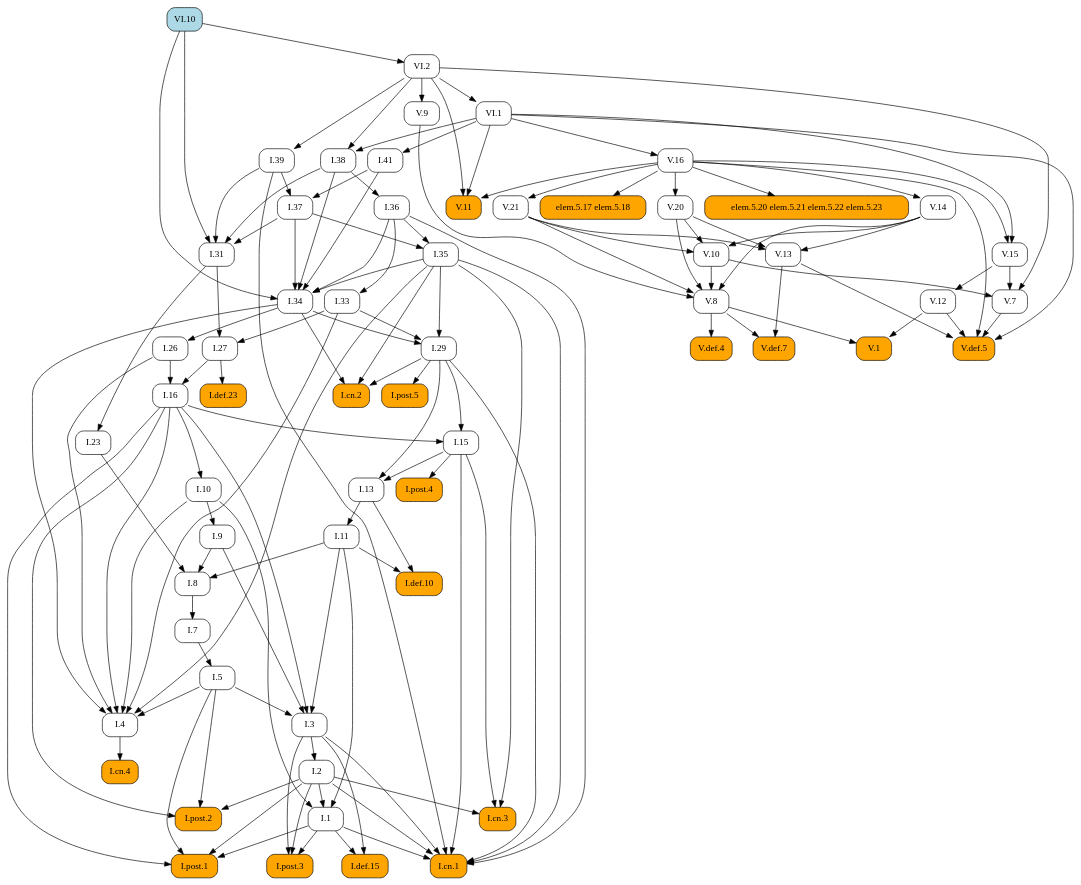
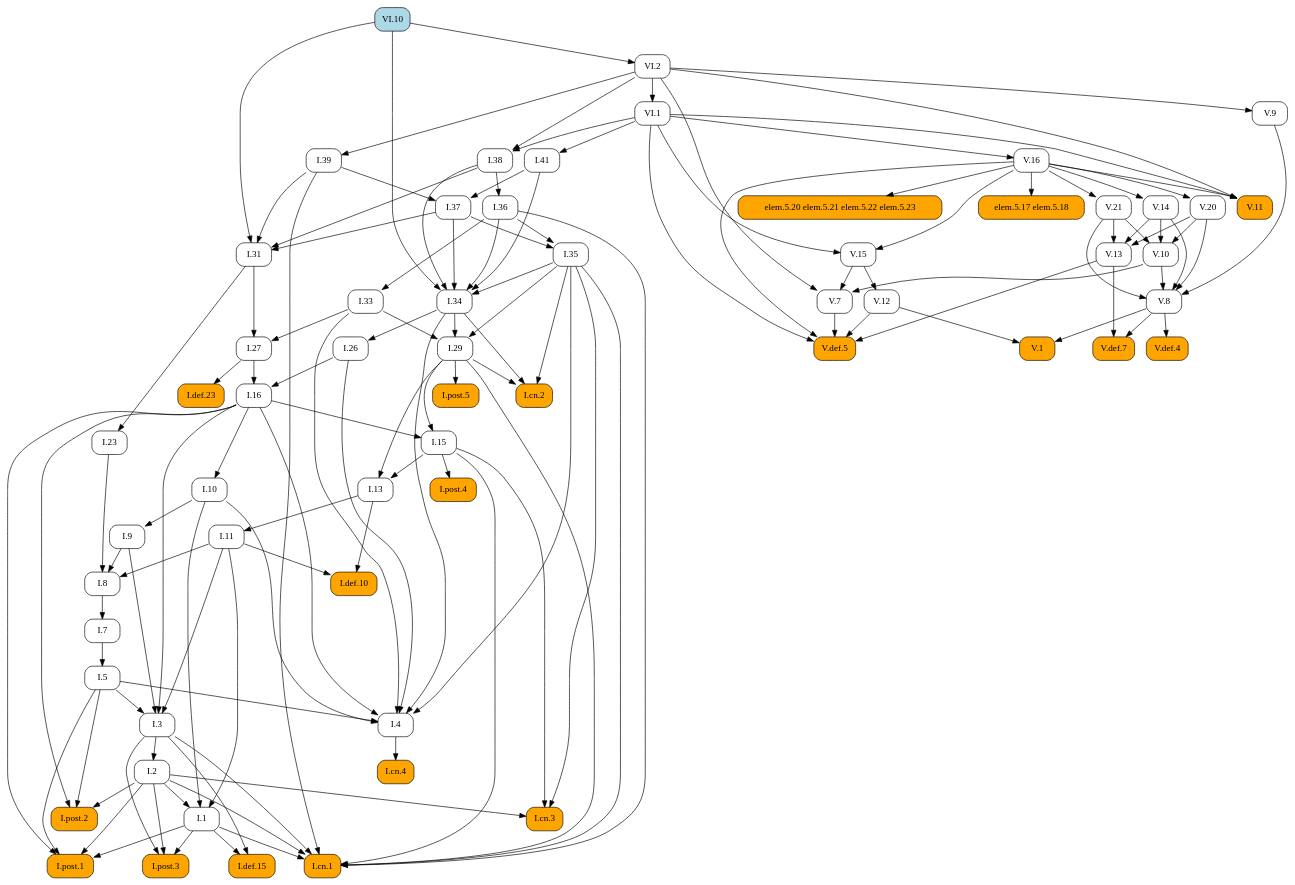
One commit to geometor/elements changed the diagram in docsrc/elements2/VI/10/index.rst. Above: the diagram before and after it, drawn with Graphviz. The commit also changed other lines of this file and 409 other files, not shown here.

First line of the commit message:
feat: Add image cropping and graphic extraction script

```diff
--- a/docsrc/elements2/VI/10/index.rst
+++ b/docsrc/elements2/VI/10/index.rst
@@ -46,136 +46,92 @@
    digraph {
      rankdir="TB";
      node [shape=box, style=rounded];
+     "I.37" [URL="/elements2/I/37/", target="_top"];
+     "V.21" [URL="/elements2/V/21/", target="_top"];
+     "I.31" [URL="/elements2/I/31/", target="_top"];
+     "I.41" [URL="/elements2/I/41/", target="_top"];
      "I.8" [URL="/elements2/I/8/", target="_top"];
+     "V.10" [URL="/elements2/V/10/", target="_top"];
+     "I.15" [URL="/elements2/I/15/", target="_top"];
+     "VI.1" [URL="/elements2/VI/1/", target="_top"];
+     "V.8" [URL="/elements2/V/8/", target="_top"];
+     "I.5" [URL="/elements2/I/5/", target="_top"];
+     "V.def.7" [style="rounded,filled", fillcolor=orange, URL="/elements2/V/def.7/", target="_top"];
+     "V.12" [URL="/elements2/V/12/", target="_top"];
+     "I.26" [URL="/elements2/I/26/", target="_top"];
+     "I.cn.1" [style="rounded,filled", fillcolor=orange, URL="/elements2/I/cn.1/", target="_top"];
+     "elem.5.20 elem.5.21 elem.5.22 elem.5.23" [style="rounded,filled", fillcolor=orange];
+     "VI.10" [style="rounded,filled", fillcolor=lightblue, URL="/elements2/VI/10/", target="_top"];
+     "I.7" [URL="/elements2/I/7/", target="_top"];
+     "V.def.5" [style="rounded,filled", fillcolor=orange, URL="/elements2/V/def.5/", target="_top"];
+     "I.23" [URL="/elements2/I/23/", target="_top"];
+     "I.16" [URL="/elements2/I/16/", target="_top"];
+     "V.9" [URL="/elements2/V/9/", target="_top"];
+     "I.34" [URL="/elements2/I/34/", target="_top"];
+     "I.35" [URL="/elements2/I/35/", target="_top"];
+     "I.33" [URL="/elements2/I/33/", target="_top"];
+     "V.15" [URL="/elements2/V/15/", target="_top"];
+     "V.14" [URL="/elements2/V/14/", target="_top"];
+     "elem.5.17 elem.5.18" [style="rounded,filled", fillcolor=orange];
+     "I.def.15" [style="rounded,filled", fillcolor=orange, URL="/elements2/I/def.15/", target="_top"];
+     "I.38" [URL="/elements2/I/38/", target="_top"];
+     "I.def.10" [style="rounded,filled", fillcolor=orange, URL="/elements2/I/def.10/", target="_top"];
+     "I.def.23" [style="rounded,filled", fillcolor=orange, URL="/elements2/I/def.23/", target="_top"];
+     "I.11" [URL="/elements2/I/11/", target="_top"];
+     "V.16" [URL="/elements2/V/16/", target="_top"];
+     "I.post.4" [style="rounded,filled", fillcolor=orange, URL="/elements2/I/post.4/", target="_top"];
+     "I.post.5" [style="rounded,filled", fillcolor=orange, URL="/elements2/I/post.5/", target="_top"];
      "V.20" [URL="/elements2/V/20/", target="_top"];
-     "VI.10" [style="rounded,filled", fillcolor=lightblue, URL="/elements2/VI/10/", target="_top"];
+     "I.3" [URL="/elements2/I/3/", target="_top"];
+     "I.10" [URL="/elements2/I/10/", target="_top"];
+     "V.11" [style="rounded,filled", fillcolor=orange, URL="/elements2/V/11/", target="_top"];
+     "I.cn.3" [style="rounded,filled", fillcolor=orange, URL="/elements2/I/cn.3/", target="_top"];
+     "I.13" [URL="/elements2/I/13/", target="_top"];
+     "I.4" [URL="/elements2/I/4/", target="_top"];
+     "I.post.3" [style="rounded,filled", fillcolor=orange, URL="/elements2/I/post.3/", target="_top"];
+     "I.9" [URL="/elements2/I/9/", target="_top"];
+     "I.29" [URL="/elements2/I/29/", target="_top"];
+     "I.39" [URL="/elements2/I/39/", target="_top"];
      "I.36" [URL="/elements2/I/36/", target="_top"];
-     "V.def.5" [style="rounded,filled", fillcolor=orange, URL="/elements2/V/def.5/", target="_top"];
-     "V.def.7" [style="rounded,filled", fillcolor=orange, URL="/elements2/V/def.7/", target="_top"];
+     "V.13" [URL="/elements2/V/13/", target="_top"];
      "I.post.1" [style="rounded,filled", fillcolor=orange, URL="/elements2/I/post.1/", target="_top"];
+     "I.2" [URL="/elements2/I/2/", target="_top"];
      "V.def.4" [style="rounded,filled", fillcolor=orange, URL="/elements2/V/def.4/", target="_top"];
-     "I.33" [URL="/elements2/I/33/", target="_top"];
-     "I.5" [URL="/elements2/I/5/", target="_top"];
-     "I.38" [URL="/elements2/I/38/", target="_top"];
-     "I.post.5" [style="rounded,filled", fillcolor=orange, URL="/elements2/I/post.5/", target="_top"];
-     "VI.1" [URL="/elements2/VI/1/", target="_top"];
-     "V.11" [style="rounded,filled", fillcolor=orange, URL="/elements2/V/11/", target="_top"];
-     "I.def.10" [style="rounded,filled", fillcolor=orange, URL="/elements2/I/def.10/", target="_top"];
-     "elem.5.17 elem.5.18" [style="rounded,filled", fillcolor=orange];
-     "V.13" [URL="/elements2/V/13/", target="_top"];
+     "VI.2" [URL="/elements2/VI/2/", target="_top"];
+     "I.27" [URL="/elements2/I/27/", target="_top"];
+     "V.1" [style="rounded,filled", fillcolor=orange, URL="/elements2/V/1/", target="_top"];
+     "I.cn.4" [style="rounded,filled", fillcolor=orange, URL="/elements2/I/cn.4/", target="_top"];
      "I.cn.2" [style="rounded,filled", fillcolor=orange, URL="/elements2/I/cn.2/", target="_top"];
-     "V.9" [URL="/elements2/V/9/", target="_top"];
-     "V.16" [URL="/elements2/V/16/", target="_top"];
-     "I.def.15" [style="rounded,filled", fillcolor=orange, URL="/elements2/I/def.15/", target="_top"];
-     "I.31" [URL="/elements2/I/31/", target="_top"];
-     "V.15" [URL="/elements2/V/15/", target="_top"];
-     "I.11" [URL="/elements2/I/11/", target="_top"];
-     "I.3" [URL="/elements2/I/3/", target="_top"];
-     "I.def.23" [style="rounded,filled", fillcolor=orange, URL="/elements2/I/def.23/", target="_top"];
+     "V.7" [URL="/elements2/V/7/", target="_top"];
+     "I.1" [URL="/elements2/I/1/", target="_top"];
      "I.post.2" [style="rounded,filled", fillcolor=orange, URL="/elements2/I/post.2/", target="_top"];
-     "I.26" [URL="/elements2/I/26/", target="_top"];
-     "V.14" [URL="/elements2/V/14/", target="_top"];
-     "V.10" [URL="/elements2/V/10/", target="_top"];
-     "I.cn.3" [style="rounded,filled", fillcolor=orange, URL="/elements2/I/cn.3/", target="_top"];
-     "I.cn.4" [style="rounded,filled", fillcolor=orange, URL="/elements2/I/cn.4/", target="_top"];
-     "I.1" [URL="/elements2/I/1/", target="_top"];
-     "I.7" [URL="/elements2/I/7/", target="_top"];
-     "I.9" [URL="/elements2/I/9/", target="_top"];
-     "V.7" [URL="/elements2/V/7/", target="_top"];
-     "I.cn.1" [style="rounded,filled", fillcolor=orange, URL="/elements2/I/cn.1/", target="_top"];
-     "I.29" [URL="/elements2/I/29/", target="_top"];
-     "I.16" [URL="/elements2/I/16/", target="_top"];
-     "I.post.4" [style="rounded,filled", fillcolor=orange, URL="/elements2/I/post.4/", target="_top"];
-     "I.13" [URL="/elements2/I/13/", target="_top"];
-     "V.1" [style="rounded,filled", fillcolor=orange, URL="/elements2/V/1/", target="_top"];
-     "V.12" [URL="/elements2/V/12/", target="_top"];
-     "I.41" [URL="/elements2/I/41/", target="_top"];
-     "I.35" [URL="/elements2/I/35/", target="_top"];
-     "V.21" [URL="/elements2/V/21/", target="_top"];
-     "elem.5.20 elem.5.21 elem.5.22 elem.5.23" [style="rounded,filled", fillcolor=orange];
-     "I.27" [URL="/elements2/I/27/", target="_top"];
-     "I.37" [URL="/elements2/I/37/", target="_top"];
-     "I.2" [URL="/elements2/I/2/", target="_top"];
-     "I.4" [URL="/elements2/I/4/", target="_top"];
-     "V.8" [URL="/elements2/V/8/", target="_top"];
-     "VI.2" [URL="/elements2/VI/2/", target="_top"];
-     "I.39" [URL="/elements2/I/39/", target="_top"];
-     "I.10" [URL="/elements2/I/10/", target="_top"];
-     "I.15" [URL="/elements2/I/15/", target="_top"];
-     "I.34" [URL="/elements2/I/34/", target="_top"];
-     "I.23" [URL="/elements2/I/23/", target="_top"];
-     "I.post.3" [style="rounded,filled", fillcolor=orange, URL="/elements2/I/post.3/", target="_top"];
-     "I.9" -> "I.8";
-     "I.11" -> "I.8";
-     "I.23" -> "I.8";
-     "V.16" -> "V.20";
-     "I.38" -> "I.36";
-     "V.7" -> "V.def.5";
-     "V.12" -> "V.def.5";
-     "V.13" -> "V.def.5";
-     "V.16" -> "V.def.5";
-     "VI.1" -> "V.def.5";
-     "V.8" -> "V.def.7";
-     "V.13" -> "V.def.7";
-     "I.1" -> "I.post.1";
-     "I.2" -> "I.post.1";
-     "I.5" -> "I.post.1";
-     "I.16" -> "I.post.1";
-     "V.8" -> "V.def.4";
-     "I.36" -> "I.33";
-     "I.7" -> "I.5";
-     "VI.1" -> "I.38";
-     "VI.2" -> "I.38";
-     "I.29" -> "I.post.5";
-     "VI.2" -> "VI.1";
-     "V.16" -> "V.11";
-     "VI.1" -> "V.11";
-     "VI.2" -> "V.11";
-     "I.11" -> "I.def.10";
-     "I.13" -> "I.def.10";
-     "V.16" -> "elem.5.17 elem.5.18";
-     "V.14" -> "V.13";
-     "V.20" -> "V.13";
-     "V.21" -> "V.13";
-     "I.29" -> "I.cn.2";
-     "I.34" -> "I.cn.2";
-     "I.35" -> "I.cn.2";
-     "VI.2" -> "V.9";
-     "VI.1" -> "V.16";
-     "I.1" -> "I.def.15";
-     "I.3" -> "I.def.15";
+     "I.39" -> "I.37";
+     "I.41" -> "I.37";
+     "V.16" -> "V.21";
      "I.37" -> "I.31";
      "I.38" -> "I.31";
      "I.39" -> "I.31";
      "VI.10" -> "I.31";
-     "V.16" -> "V.15";
-     "VI.1" -> "V.15";
-     "I.13" -> "I.11";
-     "I.5" -> "I.3";
-     "I.9" -> "I.3";
-     "I.11" -> "I.3";
-     "I.16" -> "I.3";
-     "I.27" -> "I.def.23";
-     "I.2" -> "I.post.2";
-     "I.5" -> "I.post.2";
-     "I.16" -> "I.post.2";
-     "I.34" -> "I.26";
-     "V.16" -> "V.14";
+     "VI.1" -> "I.41";
+     "I.9" -> "I.8";
+     "I.11" -> "I.8";
+     "I.23" -> "I.8";
      "V.14" -> "V.10";
      "V.20" -> "V.10";
      "V.21" -> "V.10";
-     "I.2" -> "I.cn.3";
-     "I.15" -> "I.cn.3";
-     "I.35" -> "I.cn.3";
-     "I.4" -> "I.cn.4";
-     "I.2" -> "I.1";
-     "I.10" -> "I.1";
-     "I.11" -> "I.1";
-     "I.8" -> "I.7";
-     "I.10" -> "I.9";
-     "V.10" -> "V.7";
-     "V.15" -> "V.7";
-     "VI.2" -> "V.7";
+     "I.16" -> "I.15";
+     "I.29" -> "I.15";
+     "VI.2" -> "VI.1";
+     "V.9" -> "V.8";
+     "V.10" -> "V.8";
+     "V.14" -> "V.8";
+     "V.20" -> "V.8";
+     "V.21" -> "V.8";
+     "I.7" -> "I.5";
+     "V.8" -> "V.def.7";
+     "V.13" -> "V.def.7";
+     "V.15" -> "V.12";
+     "I.34" -> "I.26";
      "I.1" -> "I.cn.1";
      "I.2" -> "I.cn.1";
      "I.3" -> "I.cn.1";
@@ -184,27 +140,55 @@
      "I.35" -> "I.cn.1";
      "I.36" -> "I.cn.1";
      "I.39" -> "I.cn.1";
-     "I.33" -> "I.29";
-     "I.34" -> "I.29";
-     "I.35" -> "I.29";
+     "V.16" -> "elem.5.20 elem.5.21 elem.5.22 elem.5.23";
+     "I.8" -> "I.7";
+     "V.7" -> "V.def.5";
+     "V.12" -> "V.def.5";
+     "V.13" -> "V.def.5";
+     "V.16" -> "V.def.5";
+     "VI.1" -> "V.def.5";
+     "I.31" -> "I.23";
      "I.26" -> "I.16";
      "I.27" -> "I.16";
+     "VI.2" -> "V.9";
+     "I.35" -> "I.34";
+     "I.36" -> "I.34";
+     "I.37" -> "I.34";
+     "I.38" -> "I.34";
+     "I.41" -> "I.34";
+     "VI.10" -> "I.34";
+     "I.36" -> "I.35";
+     "I.37" -> "I.35";
+     "I.36" -> "I.33";
+     "V.16" -> "V.15";
+     "VI.1" -> "V.15";
+     "V.16" -> "V.14";
+     "V.16" -> "elem.5.17 elem.5.18";
+     "I.1" -> "I.def.15";
+     "I.3" -> "I.def.15";
+     "VI.1" -> "I.38";
+     "VI.2" -> "I.38";
+     "I.11" -> "I.def.10";
+     "I.13" -> "I.def.10";
+     "I.27" -> "I.def.23";
+     "I.13" -> "I.11";
+     "VI.1" -> "V.16";
      "I.15" -> "I.post.4";
+     "I.29" -> "I.post.5";
+     "V.16" -> "V.20";
+     "I.5" -> "I.3";
+     "I.9" -> "I.3";
+     "I.11" -> "I.3";
+     "I.16" -> "I.3";
+     "I.16" -> "I.10";
+     "V.16" -> "V.11";
+     "VI.1" -> "V.11";
+     "VI.2" -> "V.11";
+     "I.2" -> "I.cn.3";
+     "I.15" -> "I.cn.3";
+     "I.35" -> "I.cn.3";
      "I.15" -> "I.13";
      "I.29" -> "I.13";
-     "V.8" -> "V.1";
-     "V.12" -> "V.1";
-     "V.15" -> "V.12";
-     "VI.1" -> "I.41";
-     "I.36" -> "I.35";
-     "I.37" -> "I.35";
-     "V.16" -> "V.21";
-     "V.16" -> "elem.5.20 elem.5.21 elem.5.22 elem.5.23";
-     "I.31" -> "I.27";
-     "I.33" -> "I.27";
-     "I.39" -> "I.37";
-     "I.41" -> "I.37";
-     "I.3" -> "I.2";
      "I.5" -> "I.4";
      "I.10" -> "I.4";
      "I.16" -> "I.4";
@@ -212,24 +196,40 @@
      "I.33" -> "I.4";
      "I.34" -> "I.4";
      "I.35" -> "I.4";
-     "V.9" -> "V.8";
-     "V.10" -> "V.8";
-     "V.14" -> "V.8";
-     "V.20" -> "V.8";
-     "V.21" -> "V.8";
-     "VI.10" -> "VI.2";
-     "VI.2" -> "I.39";
-     "I.16" -> "I.10";
-     "I.16" -> "I.15";
-     "I.29" -> "I.15";
-     "I.35" -> "I.34";
-     "I.36" -> "I.34";
-     "I.37" -> "I.34";
-     "I.38" -> "I.34";
-     "I.41" -> "I.34";
-     "VI.10" -> "I.34";
-     "I.31" -> "I.23";
      "I.1" -> "I.post.3";
      "I.2" -> "I.post.3";
      "I.3" -> "I.post.3";
+     "I.10" -> "I.9";
+     "I.33" -> "I.29";
+     "I.34" -> "I.29";
+     "I.35" -> "I.29";
+     "VI.2" -> "I.39";
+     "I.38" -> "I.36";
+     "V.14" -> "V.13";
+     "V.20" -> "V.13";
+     "V.21" -> "V.13";
+     "I.1" -> "I.post.1";
+     "I.2" -> "I.post.1";
+     "I.5" -> "I.post.1";
+     "I.16" -> "I.post.1";
+     "I.3" -> "I.2";
+     "V.8" -> "V.def.4";
+     "VI.10" -> "VI.2";
+     "I.31" -> "I.27";
+     "I.33" -> "I.27";
+     "V.8" -> "V.1";
+     "V.12" -> "V.1";
+     "I.4" -> "I.cn.4";
+     "I.29" -> "I.cn.2";
+     "I.34" -> "I.cn.2";
+     "I.35" -> "I.cn.2";
+     "V.10" -> "V.7";
+     "V.15" -> "V.7";
+     "VI.2" -> "V.7";
+     "I.2" -> "I.1";
+     "I.10" -> "I.1";
+     "I.11" -> "I.1";
+     "I.2" -> "I.post.2";
+     "I.5" -> "I.post.2";
+     "I.16" -> "I.post.2";
    }
```
